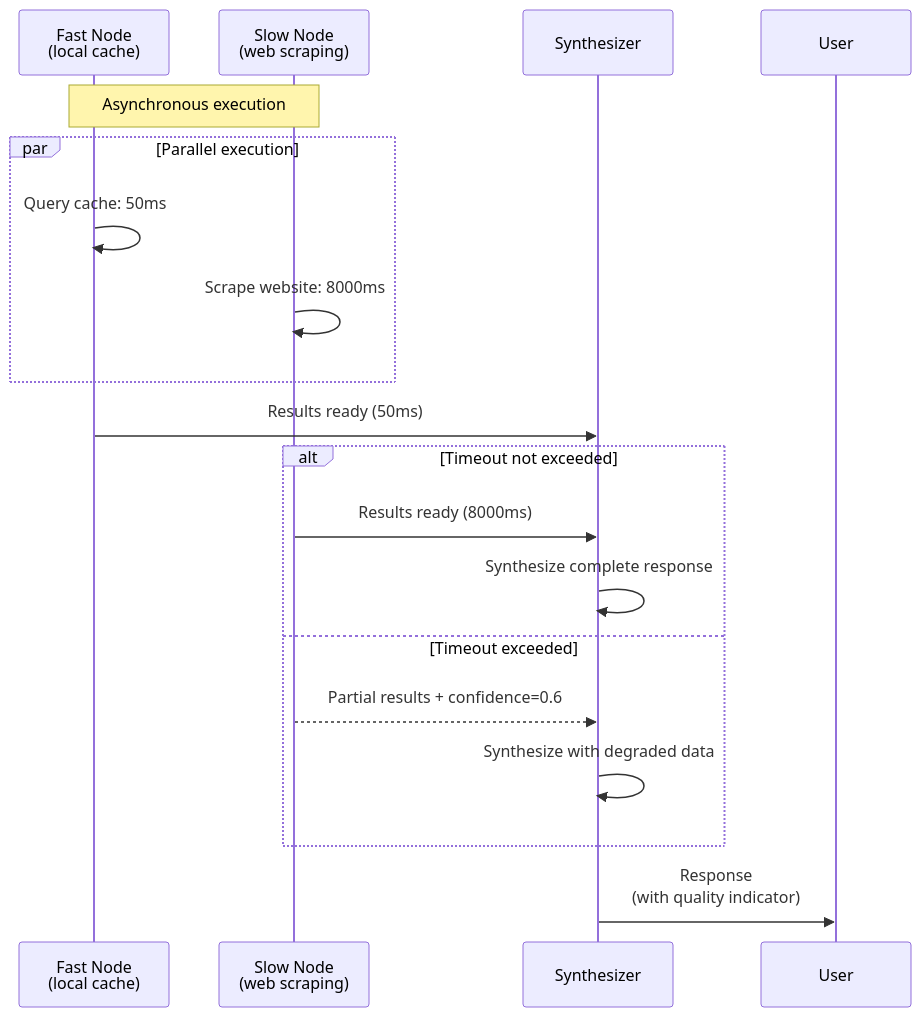
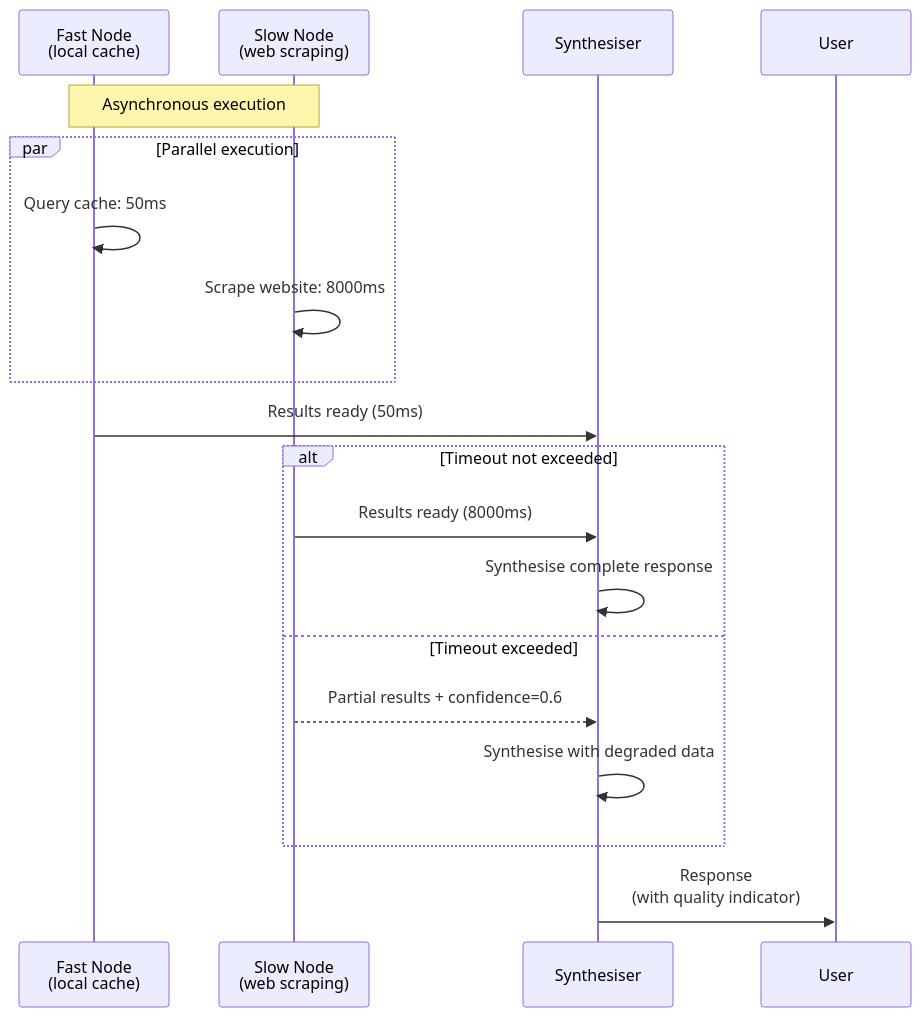
One commit to scottgal/LLMApi changed diagram 13 of 13 in docs/SEMANTIC_COGNITION_MESH.md. Above: the diagram before and after it, drawn with Mermaid. The commit also changed other lines of this file, not shown here.

````diff
--- a/docs/SEMANTIC_COGNITION_MESH.md
+++ b/docs/SEMANTIC_COGNITION_MESH.md
@@ -541,25 +543,25 @@
 ```mermaid
 sequenceDiagram
     participant Fast as Fast Node<br/>(local cache)
     participant Slow as Slow Node<br/>(web scraping)
-    participant Synth as Synthesizer
+    participant Synth as Synthesiser
 
     Note over Fast,Slow: Asynchronous execution
 
     par Parallel execution
         Fast->>Fast: Query cache: 50ms
         Slow->>Slow: Scrape website: 8000ms
     end
 
     Fast->>Synth: Results ready (50ms)
 
     alt Timeout not exceeded
         Slow->>Synth: Results ready (8000ms)
-        Synth->>Synth: Synthesize complete response
+        Synth->>Synth: Synthesise complete response
     else Timeout exceeded
         Slow-->>Synth: Partial results + confidence=0.6
-        Synth->>Synth: Synthesize with degraded data
+        Synth->>Synth: Synthesise with degraded data
     end
 
     Synth->>User: Response<br/>(with quality indicator)
 ```
````
